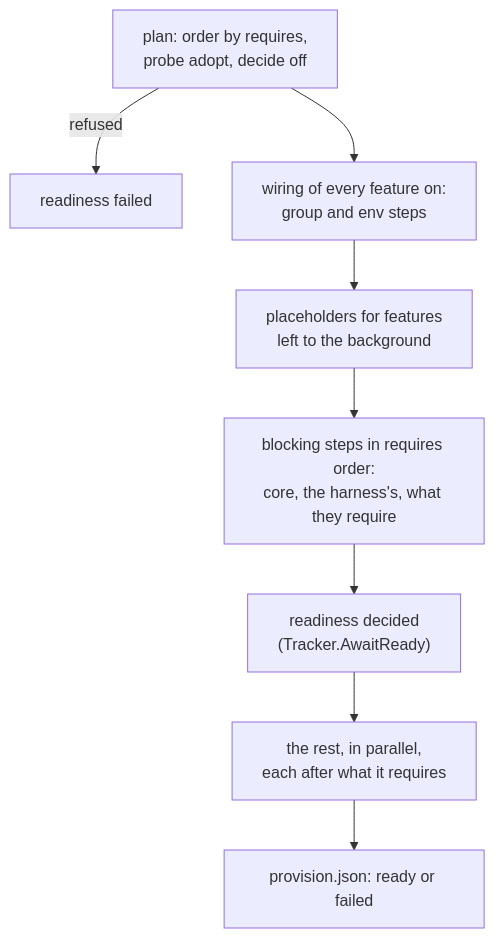
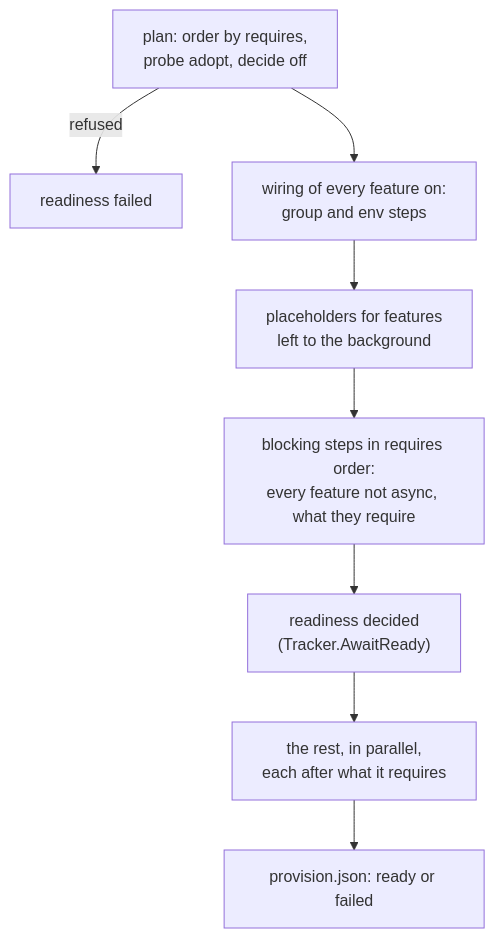
One commit to discobox-ai/discobox changed the diagram in sandbox-agent/provision/DESIGN.md. Above: the diagram before and after it, drawn with Mermaid. The commit also changed other lines of this file and 34 other files, not shown here.

````diff
--- a/sandbox-agent/provision/DESIGN.md
+++ b/sandbox-agent/provision/DESIGN.md
@@ -71,10 +77,10 @@
 ```mermaid
 flowchart TD
     plan["plan: order by requires,<br/>probe adopt, decide off"] -->|refused| fail["readiness failed"]
     plan --> wire["wiring of every feature on:<br/>group and env steps"]
     wire --> ph["placeholders for features<br/>left to the background"]
-    ph --> block["blocking steps in requires order:<br/>core, the harness's, what they require"]
+    ph --> block["blocking steps in requires order:<br/>every feature not async, what they require"]
     block --> ready["readiness decided<br/>(Tracker.AwaitReady)"]
     ready --> bg["the rest, in parallel,<br/>each after what it requires"]
     bg --> done["provision.json: ready or failed"]
 ```
````
